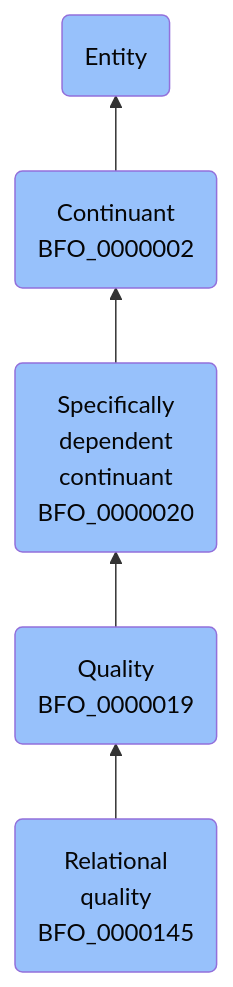
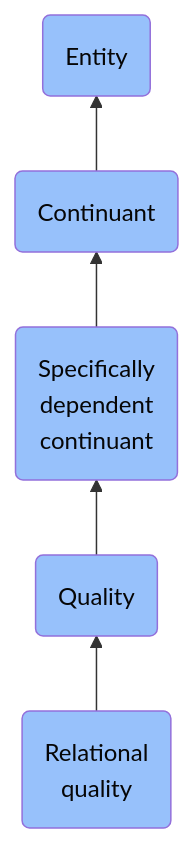
One commit to jupyter-naas/abi changed the diagram in docs/ontology/reference/model/Entity/Continuant/Specifically dependent continuant/Quality/Relational quality/Relational quality.md. Above: the diagram before and after it, drawn with Mermaid. The commit also changed other lines of this file and 1430 other files, not shown here.

````diff
--- a/docs/ontology/reference/model/Entity/Continuant/Specifically dependent continuant/Quality/Relational quality/Relational quality.md
+++ b/docs/ontology/reference/model/Entity/Continuant/Specifically dependent continuant/Quality/Relational quality/Relational quality.md
@@ -24,12 +24,12 @@
 ```mermaid
 graph BT
-    BFO_0000145(Relational<br>quality<br>BFO_0000145):::BFO-->BFO_0000019
-    BFO_0000019(Quality<br>BFO_0000019):::BFO-->BFO_0000020
-    BFO_0000020(Specifically<br>dependent<br>continuant<br>BFO_0000020):::BFO-->BFO_0000002
-    BFO_0000002(Continuant<br>BFO_0000002):::BFO-->BFO_0000001
+    BFO_0000145(Relational<br>quality):::BFO-->BFO_0000019
+    BFO_0000019(Quality):::BFO-->BFO_0000020
+    BFO_0000020(Specifically<br>dependent<br>continuant):::BFO-->BFO_0000002
+    BFO_0000002(Continuant):::BFO-->BFO_0000001
     BFO_0000001(Entity):::BFO
     
     classDef BFO fill:#97c1fb,color:#060606
     classDef CCO fill:#e4c51e,color:#060606
     classDef ABI fill:#48DD82,color:#060606
 ```
````
